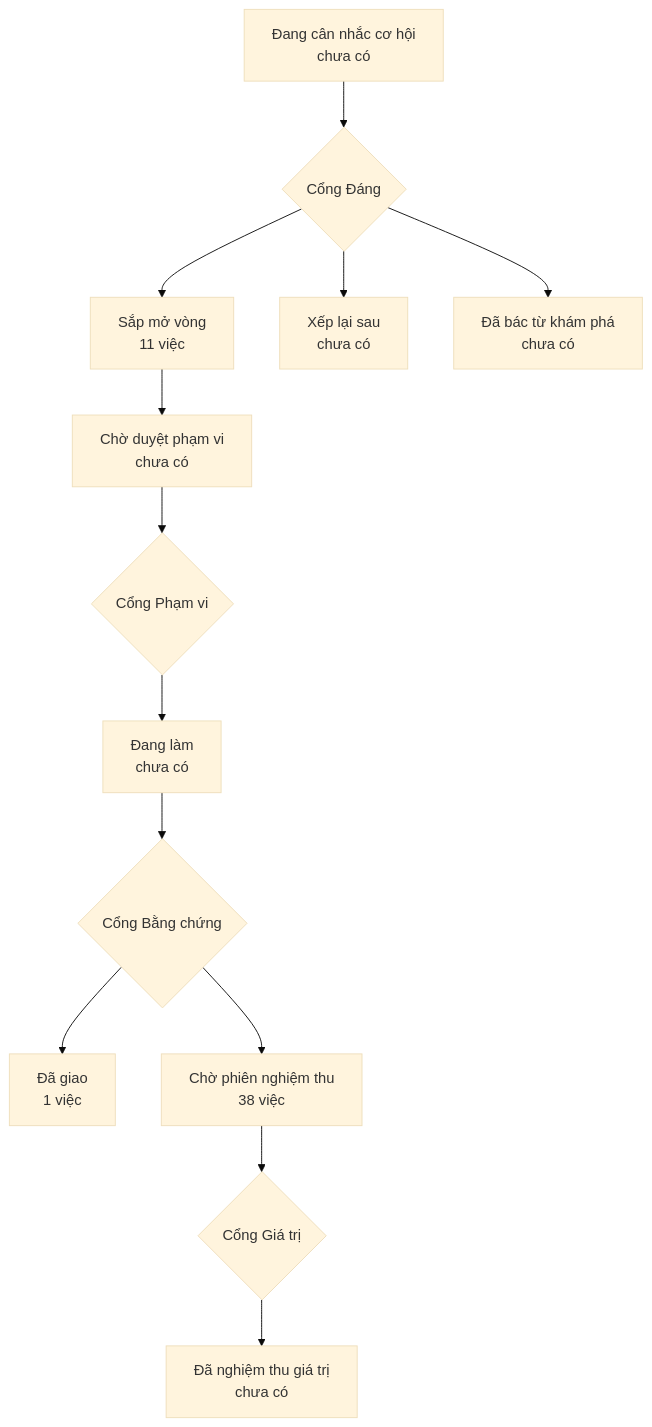
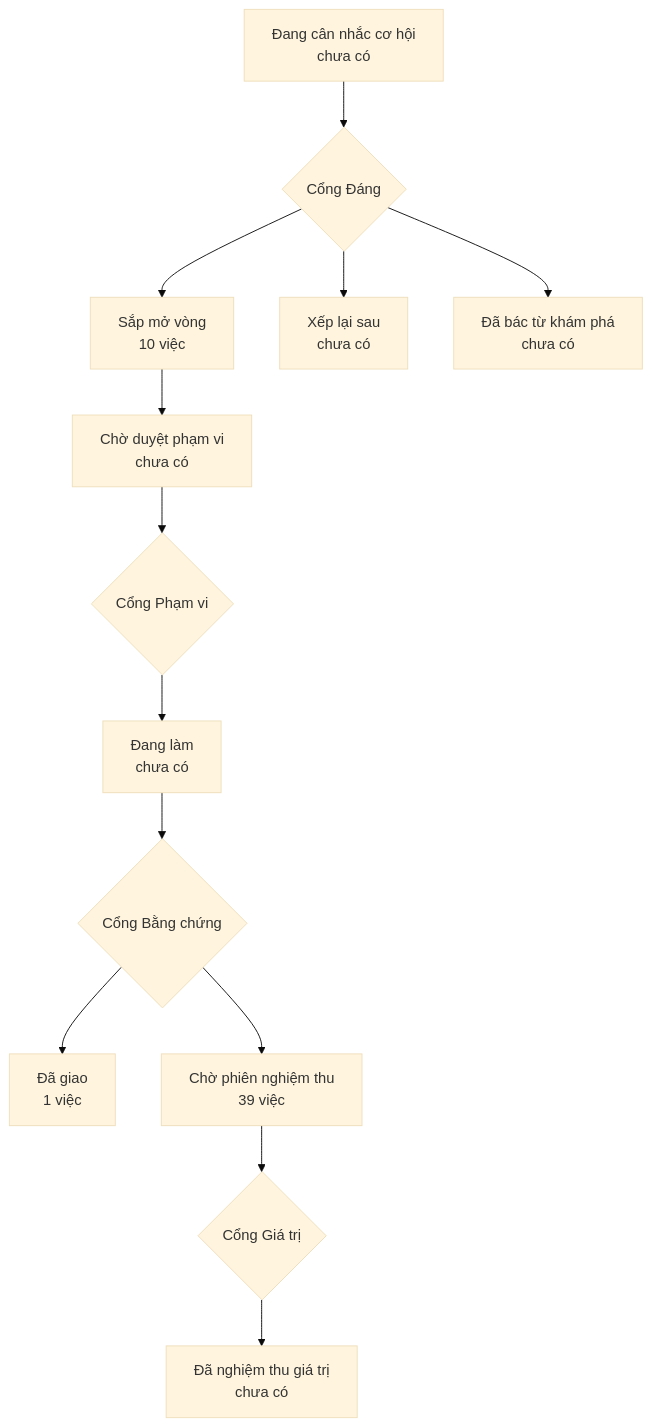
Before and after one commit to phanlemanh/onehub-inventory: the diagram in PRODUCT-MAP.md, drawn with Mermaid (base theme). The commit also changed 4 other files, not shown here.

````diff
--- a/PRODUCT-MAP.md
+++ b/PRODUCT-MAP.md
@@ -7,12 +7,12 @@
 ```mermaid
 flowchart TD
   A["Đang cân nhắc cơ hội<br/>chưa có"] --> GD{"Cổng Đáng"}
-  GD --> B["Sắp mở vòng<br/>11 việc"]
+  GD --> B["Sắp mở vòng<br/>10 việc"]
   GD --> XL["Xếp lại sau<br/>chưa có"]
   GD --> DB["Đã bác từ khám phá<br/>chưa có"]
   B --> CD["Chờ duyệt phạm vi<br/>chưa có"] --> GP{"Cổng Phạm vi"}
   GP --> DL["Đang làm<br/>chưa có"] --> GB{"Cổng Bằng chứng"}
   GB --> DG["Đã giao<br/>1 việc"]
-  GB --> CN["Chờ phiên nghiệm thu<br/>38 việc"] --> GG{"Cổng Giá trị"}
+  GB --> CN["Chờ phiên nghiệm thu<br/>39 việc"] --> GG{"Cổng Giá trị"}
   GG --> NT["Đã nghiệm thu giá trị<br/>chưa có"]
 ```
````
